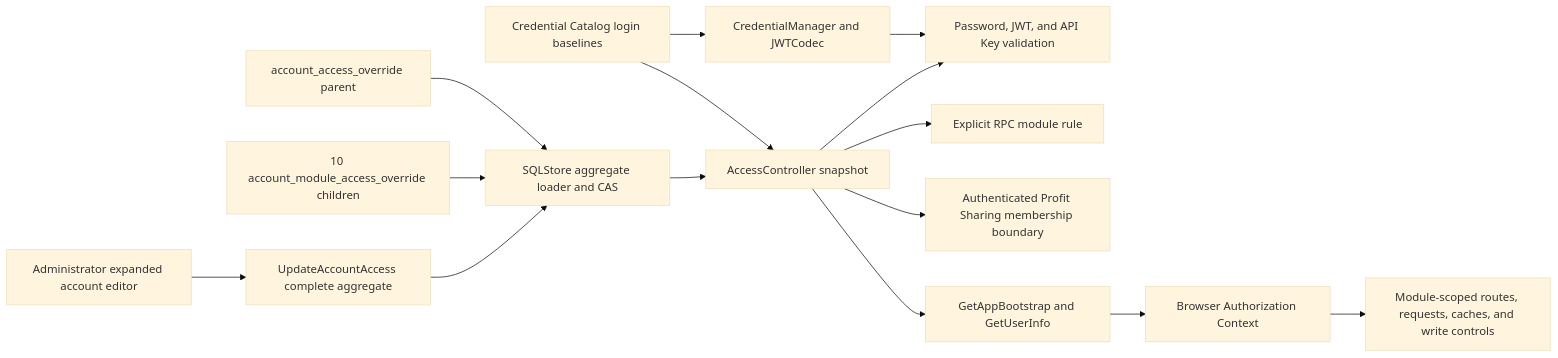
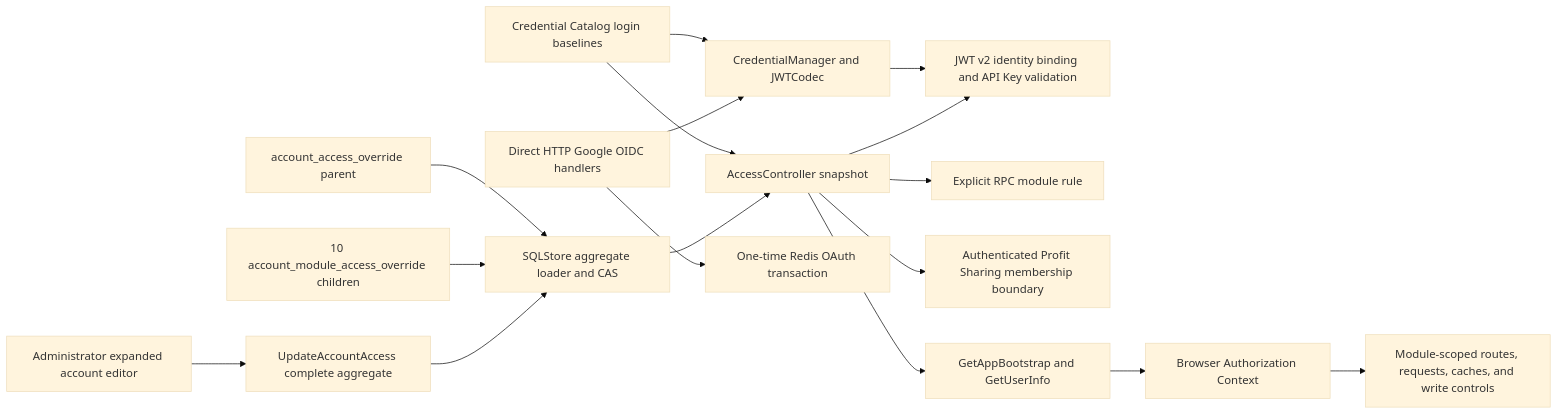
One commit to useryege/athena-o changed the diagram in docs/design/identity-access/account-access-control.md. Above: the diagram before and after it, drawn with Mermaid (base theme). The commit also changed other lines of this file and 68 other files, not shown here.

````diff
--- a/docs/design/identity-access/account-access-control.md
+++ b/docs/design/identity-access/account-access-control.md
@@ -40,17 +40,19 @@
 ```mermaid
 flowchart LR
     E["Credential Catalog login baselines"] --> C["AccessController snapshot"]
     E --> D["CredentialManager and JWTCodec"]
     H["account_access_override parent"] --> S["SQLStore aggregate loader and CAS"]
     M["10 account_module_access_override children"] --> S
     S --> C
     A["Administrator expanded account editor"] --> U["UpdateAccountAccess complete aggregate"]
     U --> S
-    D --> L["Password, JWT, and API Key validation"]
+    O["Direct HTTP Google OIDC handlers"] --> D
+    O --> T["One-time Redis OAuth transaction"]
+    D --> L["JWT v2 identity binding and API Key validation"]
     C --> L
     C --> R["Explicit RPC module rule"]
     C --> P["Authenticated Profit Sharing membership boundary"]
     C --> B["GetAppBootstrap and GetUserInfo"]
     B --> X["Browser Authorization Context"]
     X --> Q["Module-scoped routes, requests, caches, and write controls"]
 ```
````
